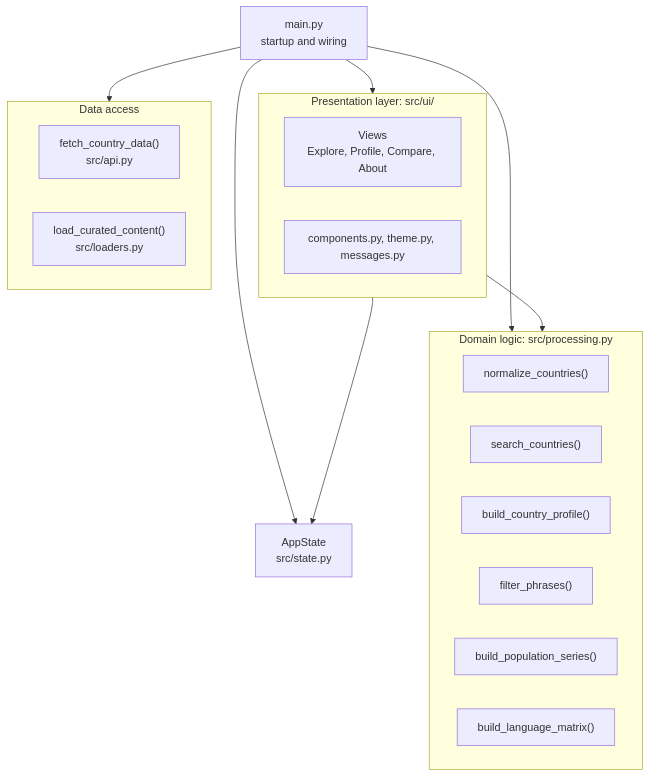
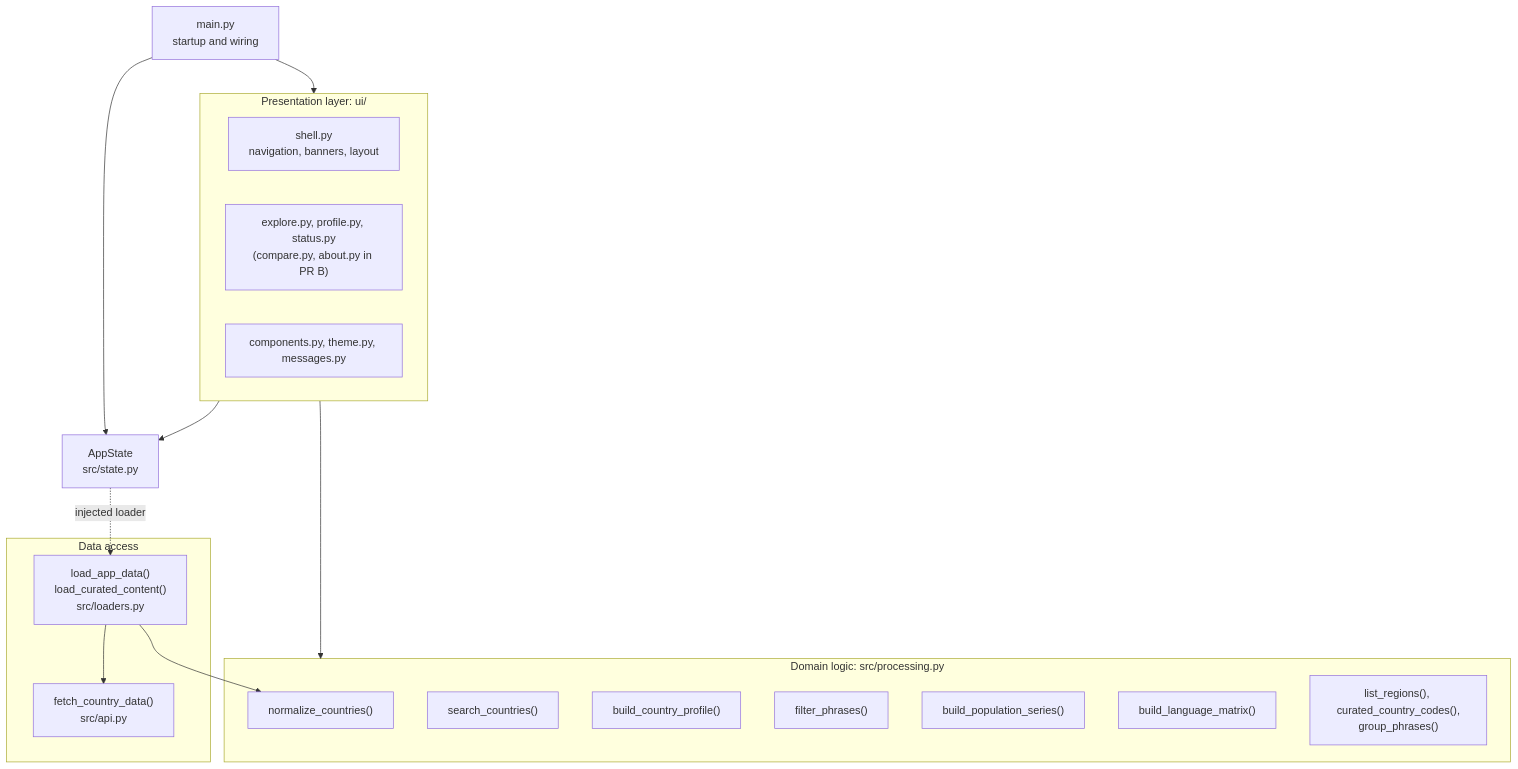
One commit to jordondraper/culture-quest changed the second of 5 diagrams in docs/architecture.md. Above: the diagram before and after it, drawn with Mermaid. The commit also changed other lines of this file and 30 other files, not shown here.

First line of the commit message:
feat: add Explore and Profile screens with theme and status views (#20)

````diff
--- a/docs/architecture.md
+++ b/docs/architecture.md
@@ -57,31 +57,34 @@
 ```mermaid
 flowchart TB
     main["main.py<br/>startup and wiring"]
     state["AppState<br/>src/state.py"]
 
-    subgraph presentation["Presentation layer: src/ui/"]
-        views["Views<br/>Explore, Profile, Compare, About"]
+    subgraph presentation["Presentation layer: ui/"]
+        shell["shell.py<br/>navigation, banners, layout"]
+        views["explore.py, profile.py, status.py<br/>(compare.py, about.py in PR B)"]
         uiparts["components.py, theme.py, messages.py"]
     end
 
     subgraph domain["Domain logic: src/processing.py"]
         normalize["normalize_countries()"]
         search["search_countries()"]
         profile["build_country_profile()"]
         filterp["filter_phrases()"]
         popseries["build_population_series()"]
         langmatrix["build_language_matrix()"]
+        helpers["list_regions(), curated_country_codes(),<br/>group_phrases()"]
     end
 
     subgraph dataaccess["Data access"]
         fetch["fetch_country_data()<br/>src/api.py"]
-        load["load_curated_content()<br/>src/loaders.py"]
+        load["load_app_data()<br/>load_curated_content()<br/>src/loaders.py"]
     end
 
-    main --> dataaccess
-    main --> domain
     main --> state
     main --> presentation
+    state -.->|"injected loader"| load
+    load --> fetch
+    load --> normalize
     presentation --> domain
     presentation --> state
 ```
````
